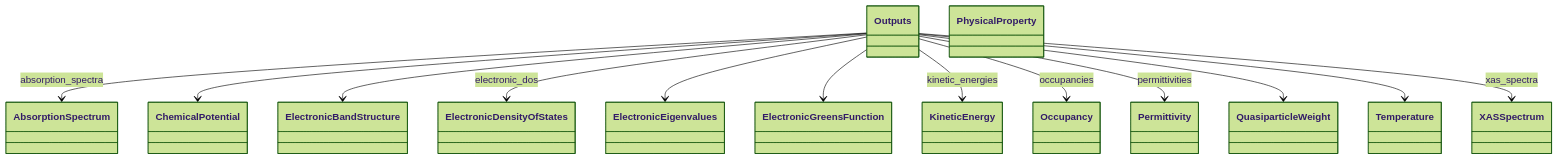
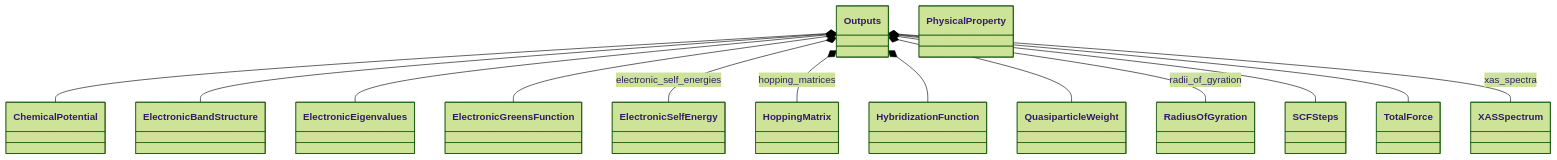
Before and after one commit to FAIRmat-NFDI/nomad-simulations: the first of 2 diagrams in docs/schema/outputs.diagram.md, drawn with Mermaid (forest theme). The commit also changed other lines of this file and 34 other files, not shown here.

````diff
--- a/docs/schema/outputs.diagram.md
+++ b/docs/schema/outputs.diagram.md
@@ -14,43 +14,43 @@
 ```mermaid
 classDiagram
-    class AbsorptionSpectrum {
-    }
     class ChemicalPotential {
     }
     class ElectronicBandStructure {
-    }
-    class ElectronicDensityOfStates {
     }
     class ElectronicEigenvalues {
     }
     class ElectronicGreensFunction {
     }
-    class KineticEnergy {
+    class ElectronicSelfEnergy {
     }
-    class Occupancy {
+    class HoppingMatrix {
+    }
+    class HybridizationFunction {
     }
     class Outputs {
-    }
-    class Permittivity {
     }
     class PhysicalProperty {
     }
     class QuasiparticleWeight {
     }
-    class Temperature {
+    class RadiusOfGyration {
+    }
+    class SCFSteps {
+    }
+    class TotalForce {
     }
     class XASSpectrum {
     }
-    Outputs --> AbsorptionSpectrum : absorption_spectra
-    Outputs --> ChemicalPotential
-    Outputs --> ElectronicBandStructure
-    Outputs --> ElectronicDensityOfStates : electronic_dos
-    Outputs --> ElectronicEigenvalues
-    Outputs --> ElectronicGreensFunction
-    Outputs --> KineticEnergy : kinetic_energies
-    Outputs --> Occupancy : occupancies
-    Outputs --> Permittivity : permittivities
-    Outputs --> QuasiparticleWeight
-    Outputs --> Temperature
-    Outputs --> XASSpectrum : xas_spectra
+    Outputs *-- ChemicalPotential
+    Outputs *-- ElectronicBandStructure
+    Outputs *-- ElectronicEigenvalues
+    Outputs *-- ElectronicGreensFunction
+    Outputs *-- ElectronicSelfEnergy : electronic_self_energies
+    Outputs *-- HoppingMatrix : hopping_matrices
+    Outputs *-- HybridizationFunction
+    Outputs *-- QuasiparticleWeight
+    Outputs *-- RadiusOfGyration : radii_of_gyration
+    Outputs *-- SCFSteps
+    Outputs *-- TotalForce
+    Outputs *-- XASSpectrum : xas_spectra
 ```
````
